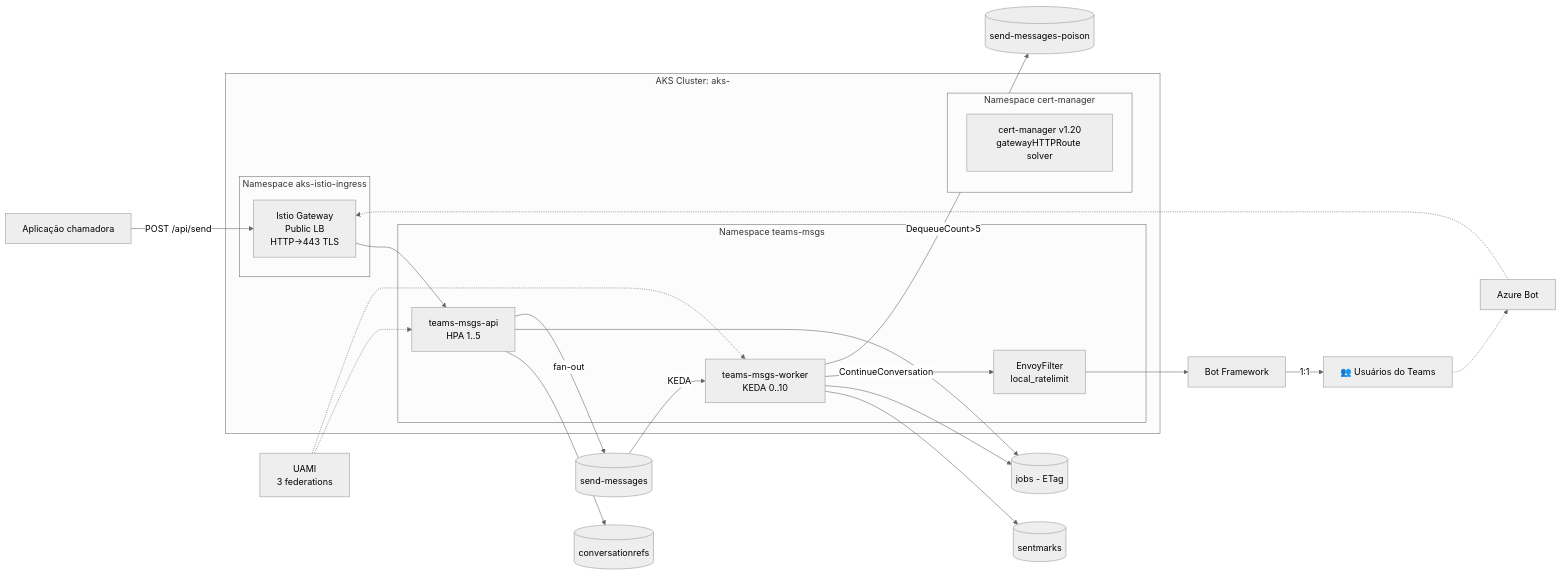
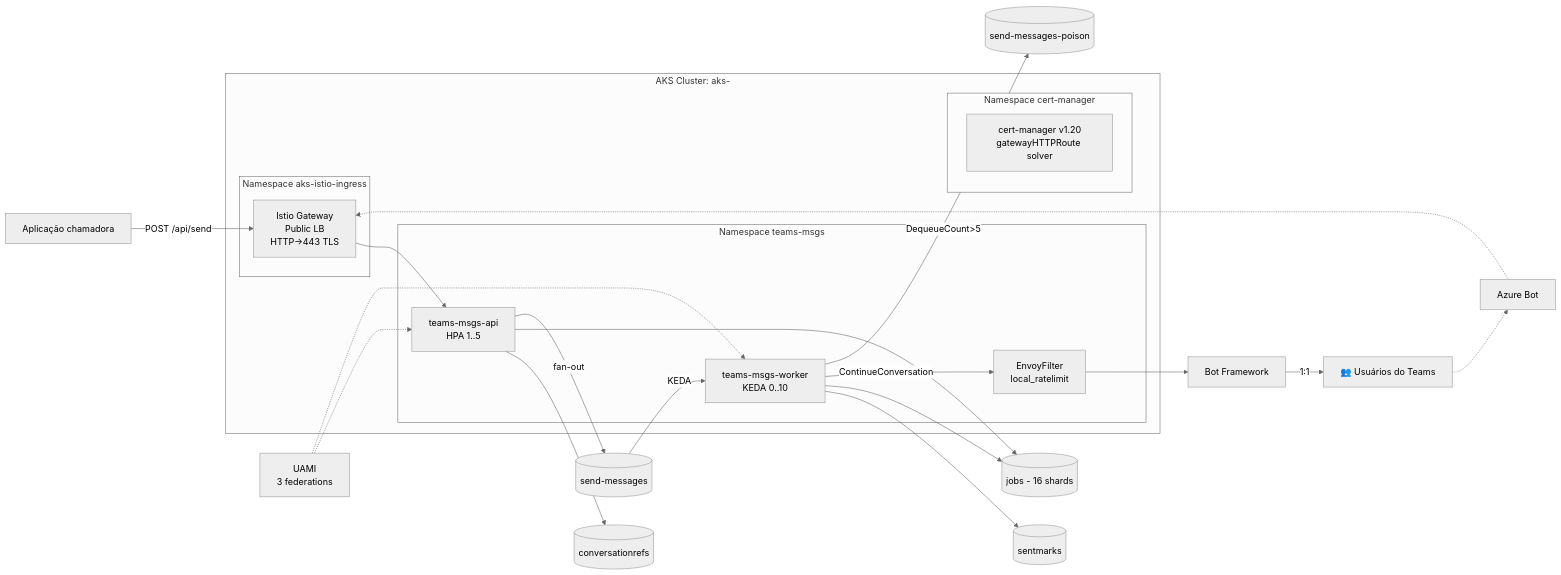
One commit to EdneiMonteiro/teams_msgs_dotnet changed the diagram in docs/architecture.md. Above: the diagram before and after it, drawn with Mermaid (neutral theme). The commit also changed other lines of this file and 1 other file, not shown here.

````diff
--- a/docs/architecture.md
+++ b/docs/architecture.md
@@ -7,45 +7,45 @@
 ```mermaid
 graph LR
     Client[Aplicação chamadora]
     Users[👥 Usuários do Teams]
     BF[Bot Framework]
 
     subgraph "AKS Cluster: aks-<seu-cluster>"
         subgraph "Namespace aks-istio-ingress"
             Gateway[Istio Gateway<br/>Public LB<br/>HTTP→443 TLS]
         end
         subgraph "Namespace teams-msgs"
             API[teams-msgs-api<br/>HPA 1..5]
             Worker[teams-msgs-worker<br/>KEDA 0..10]
             EF[EnvoyFilter<br/>local_ratelimit]
         end
         subgraph "Namespace cert-manager"
             CM[cert-manager v1.20<br/>gatewayHTTPRoute solver]
         end
     end
 
     Refs[(conversationrefs)]
-    Jobs[(jobs - ETag)]
+    Jobs[(jobs - 16 shards)]
     Marks[(sentmarks)]
     SQ[(send-messages)]
     Poison[(send-messages-poison)]
     AzBot[Azure Bot]
     UAMI[UAMI<br/>3 federations]
 
     Client -->|POST /api/send| Gateway
     Gateway --> API
     API --> Refs
     API --> Jobs
     API -->|fan-out| SQ
     SQ -->|KEDA| Worker
     Worker --> Marks
     Worker --> Jobs
     Worker -->|ContinueConversation| EF
     EF --> BF
     BF -->|1:1| Users
     Worker -->|DequeueCount>5| Poison
     Users -.-> AzBot
     AzBot -.-> Gateway
     UAMI -.-> API
     UAMI -.-> Worker
 ```
````
